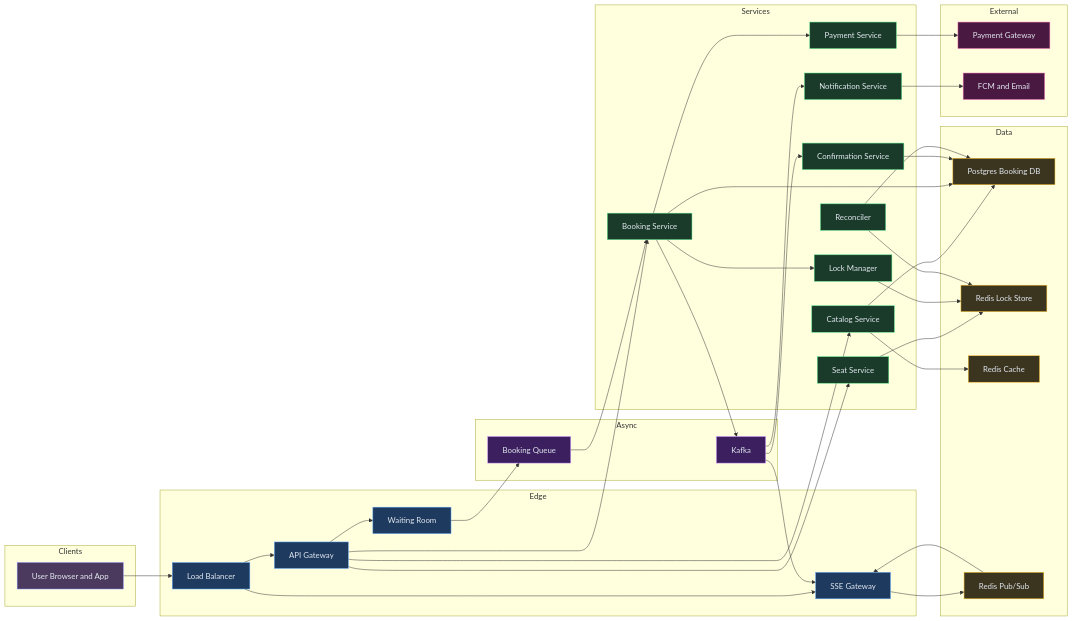
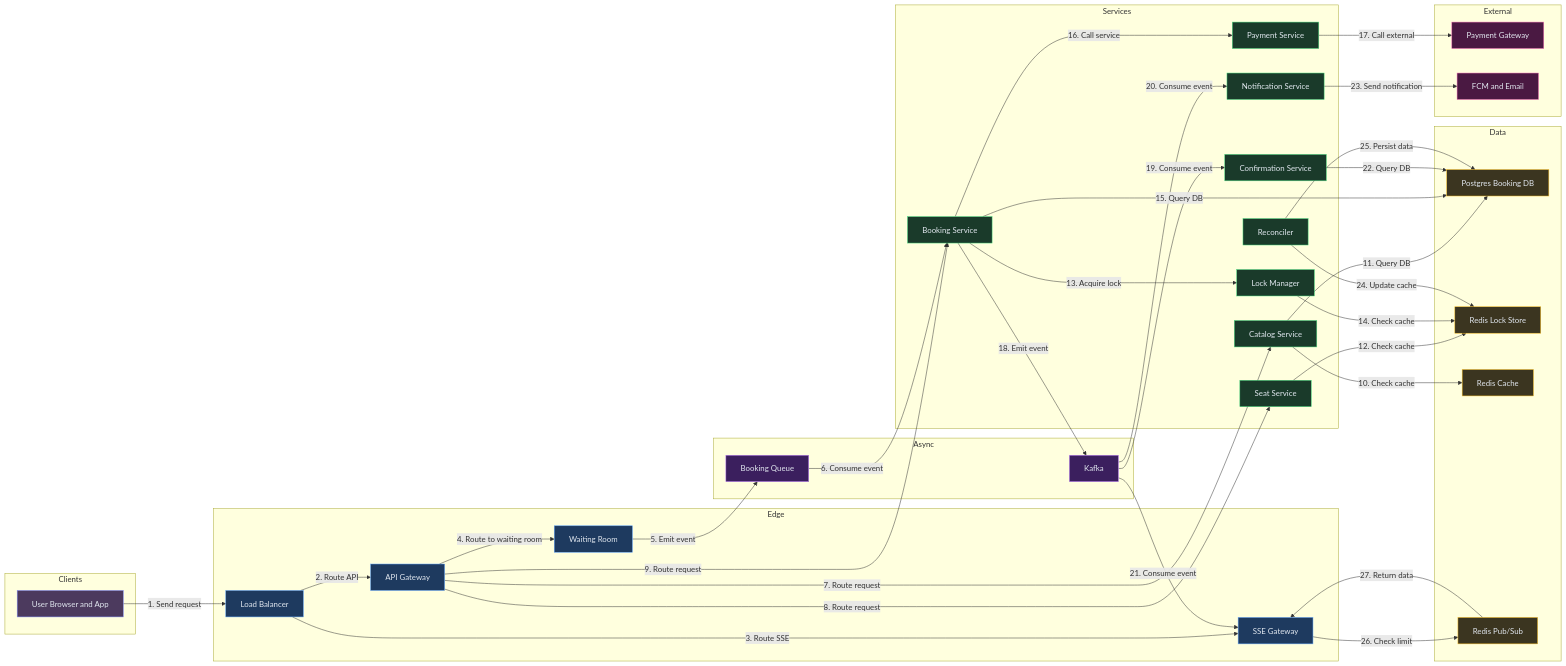
One commit to iluzn/HLD-Designs changed diagram 11 of 11 in content/hld/BookMyShow.md. Above: the diagram before and after it, drawn with Mermaid. The commit also changed other lines of this file and 27 other files, not shown here.

````diff
--- a/content/hld/BookMyShow.md
+++ b/content/hld/BookMyShow.md
@@ -693,76 +693,76 @@
 ```mermaid
 flowchart LR
     subgraph Clients
         UA["User Browser and App"]:::client
     end
 
     subgraph Edge
         LB["Load Balancer"]:::edge
         GW["API Gateway"]:::edge
         WR["Waiting Room"]:::edge
         SSE["SSE Gateway"]:::edge
     end
 
     subgraph Services
         CAT["Catalog Service"]:::service
         SS["Seat Service"]:::service
         BS["Booking Service"]:::service
         LM["Lock Manager"]:::service
         PS["Payment Service"]:::service
         CONF["Confirmation Service"]:::service
         NS["Notification Service"]:::service
         REC["Reconciler"]:::service
     end
 
     subgraph Async
         KF["Kafka"]:::async
         Q["Booking Queue"]:::async
     end
 
     subgraph Data
         PG["Postgres Booking DB"]:::data
         RL["Redis Lock Store"]:::data
         RC["Redis Cache"]:::data
         RPS["Redis Pub/Sub"]:::data
     end
 
     subgraph External
         PGW["Payment Gateway"]:::external
         FCM["FCM and Email"]:::external
     end
 
-    UA --> LB
-    LB --> GW
-    LB --> SSE
-    GW --> WR
-    WR --> Q
-    Q --> BS
-    GW --> CAT
-    GW --> SS
-    GW --> BS
-    CAT --> RC
-    CAT --> PG
-    SS --> RL
-    BS --> LM
-    LM --> RL
-    BS --> PG
-    BS --> PS
-    PS --> PGW
-    BS --> KF
-    KF --> CONF
-    KF --> NS
-    KF --> SSE
-    CONF --> PG
-    NS --> FCM
-    REC --> RL
-    REC --> PG
-    SSE --> RPS
-    RPS --> SSE
+    UA -->|"1. Send request"| LB
+    LB -->|"2. Route API"| GW
+    LB -->|"3. Route SSE"| SSE
+    GW -->|"4. Route to waiting room"| WR
+    WR -->|"5. Emit event"| Q
+    Q -->|"6. Consume event"| BS
+    GW -->|"7. Route request"| CAT
+    GW -->|"8. Route request"| SS
+    GW -->|"9. Route request"| BS
+    CAT -->|"10. Check cache"| RC
+    CAT -->|"11. Query DB"| PG
+    SS -->|"12. Check cache"| RL
+    BS -->|"13. Acquire lock"| LM
+    LM -->|"14. Check cache"| RL
+    BS -->|"15. Query DB"| PG
+    BS -->|"16. Call service"| PS
+    PS -->|"17. Call external"| PGW
+    BS -->|"18. Emit event"| KF
+    KF -->|"19. Consume event"| CONF
+    KF -->|"20. Consume event"| NS
+    KF -->|"21. Consume event"| SSE
+    CONF -->|"22. Query DB"| PG
+    NS -->|"23. Send notification"| FCM
+    REC -->|"24. Update cache"| RL
+    REC -->|"25. Persist data"| PG
+    SSE -->|"26. Check limit"| RPS
+    RPS -->|"27. Return data"| SSE
 
     classDef client fill:#4c3a5e,stroke:#818cf8,color:#e2e8f0
     classDef edge fill:#1e3a5f,stroke:#60a5fa,color:#e2e8f0
     classDef service fill:#1a3a2a,stroke:#4ade80,color:#e2e8f0
     classDef async fill:#3b1f5e,stroke:#c084fc,color:#e2e8f0
     classDef data fill:#3b3520,stroke:#fbbf24,color:#e2e8f0
     classDef external fill:#4a1942,stroke:#f472b6,color:#e2e8f0
 ```
````
